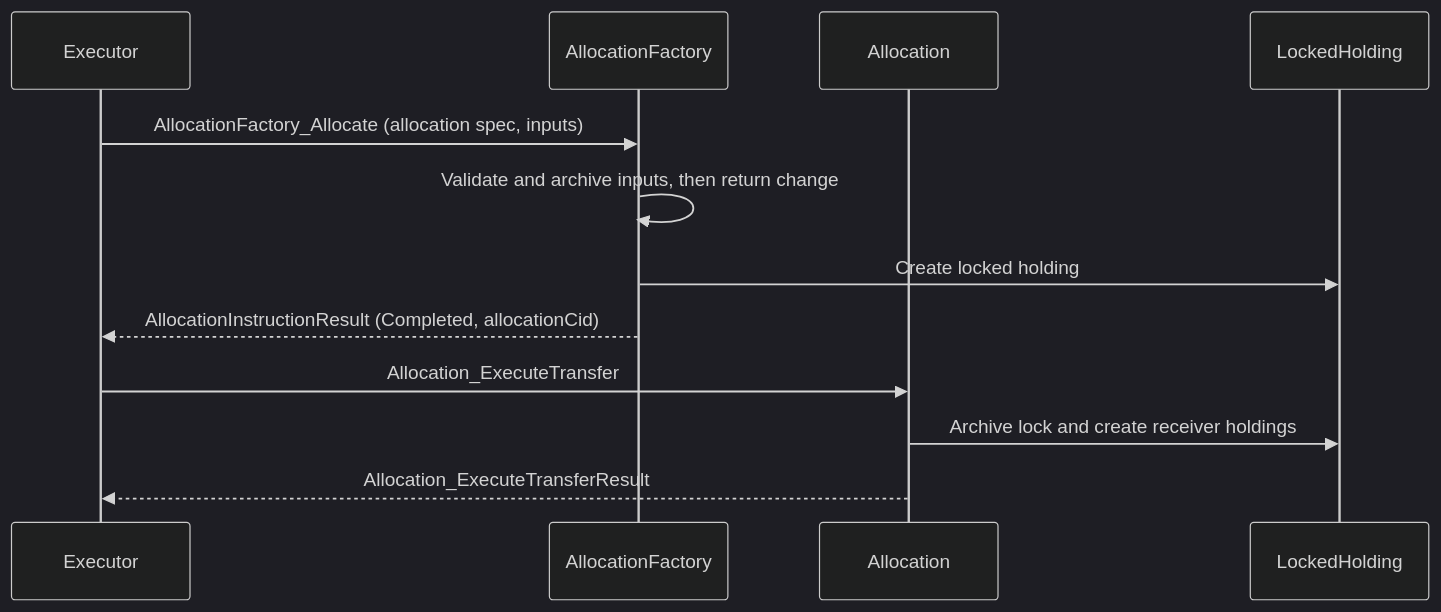
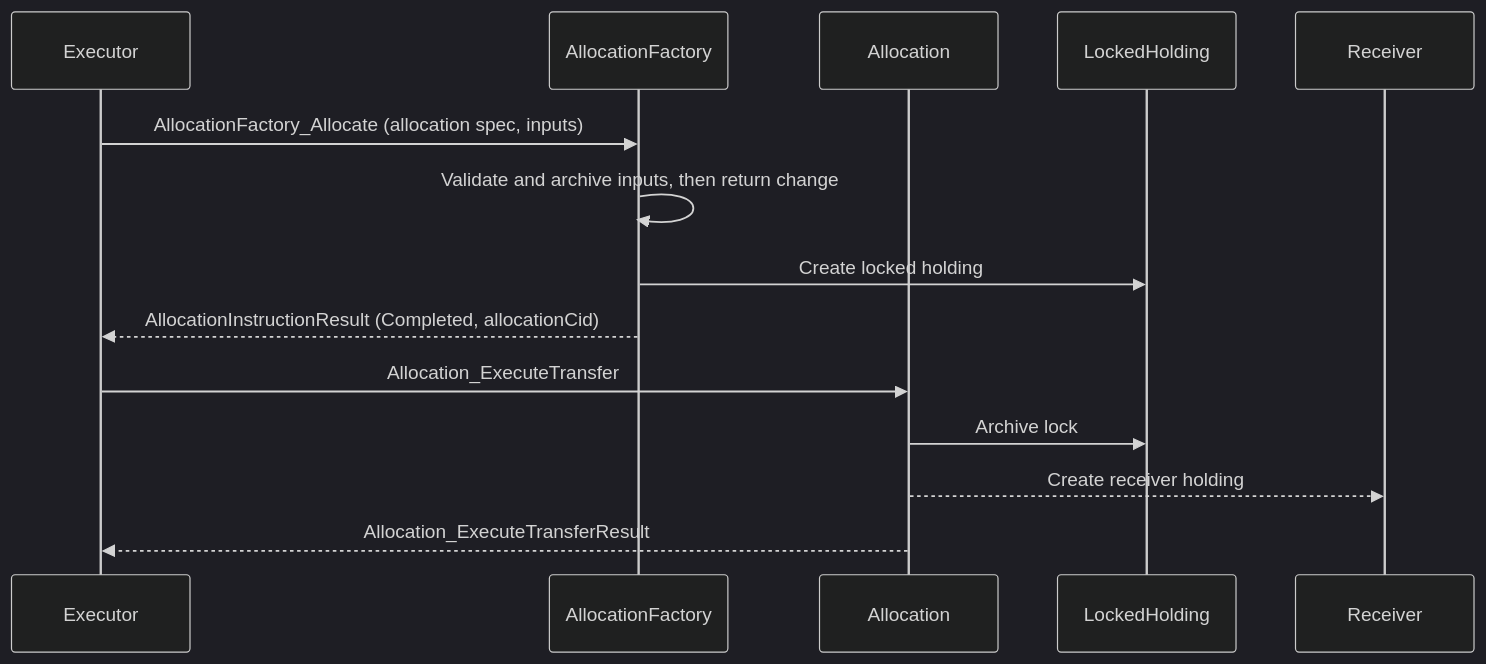
One commit to AngelhackDev/daml-fungible-token changed the third of 3 diagrams in WORKFLOW.md. Above: the diagram before and after it, drawn with Mermaid (dark theme). The commit also changed 1 other file, not shown here.

Commit message:
doc: add DvP explanation; update diagrams

````diff
--- a/WORKFLOW.md
+++ b/WORKFLOW.md
@@ -221,16 +221,18 @@
 ```mermaid
 sequenceDiagram
   participant E as Executor
   participant AF as AllocationFactory
   participant A as Allocation
   participant L as LockedHolding
+  participant R as Receiver
 
   E->>AF: AllocationFactory_Allocate (allocation spec, inputs)
   AF->>AF: Validate and archive inputs, then return change
   AF->>L: Create locked holding
   AF-->>E: AllocationInstructionResult (Completed, allocationCid)
 
   E->>A: Allocation_ExecuteTransfer
-  A->>L: Archive lock and create receiver holdings
+  A->>L: Archive lock
+  A-->>R: Create receiver holding
   A-->>E: Allocation_ExecuteTransferResult
 ```
````
